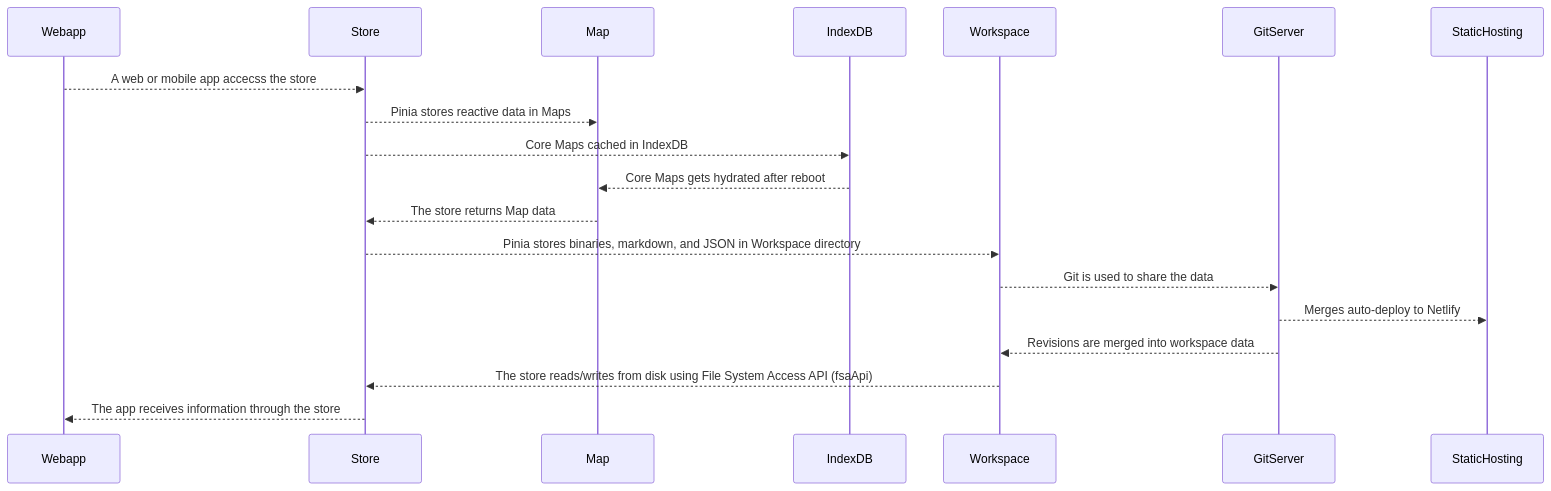
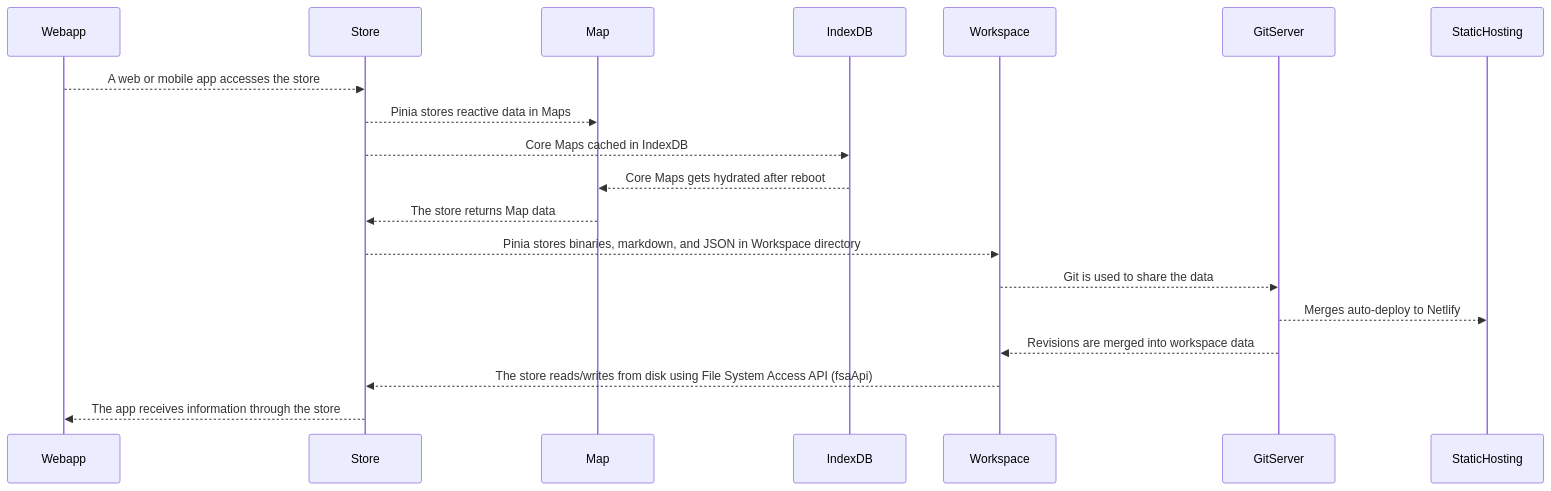
Before and after one commit to Ultri-Izzup/ultri-platform: the diagram in frontend/public/md/workspace/workspace-technical-details.md, drawn with Mermaid.

````diff
--- a/frontend/public/md/workspace/workspace-technical-details.md
+++ b/frontend/public/md/workspace/workspace-technical-details.md
@@ -15,14 +15,14 @@
 ```mermaid
 sequenceDiagram
-  Webapp-->>Store: A web or mobile app accecss the store
+  Webapp-->>Store: A web or mobile app accesses the store
   Store-->>Map: Pinia stores reactive data in Maps
   Store-->>IndexDB: Core Maps cached in IndexDB
   IndexDB-->>Map: Core Maps gets hydrated after reboot
   Map-->>Store: The store returns Map data
   Store-->>Workspace: Pinia stores binaries, markdown, and JSON in Workspace directory
   Workspace-->>GitServer: Git is used to share the data
   GitServer-->>StaticHosting: Merges auto-deploy to Netlify
   GitServer-->>Workspace: Revisions are merged into workspace data
   Workspace-->>Store: The store reads/writes from disk using File System Access API (fsaApi)
   Store-->>Webapp: The app receives information through the store
 ```
````
